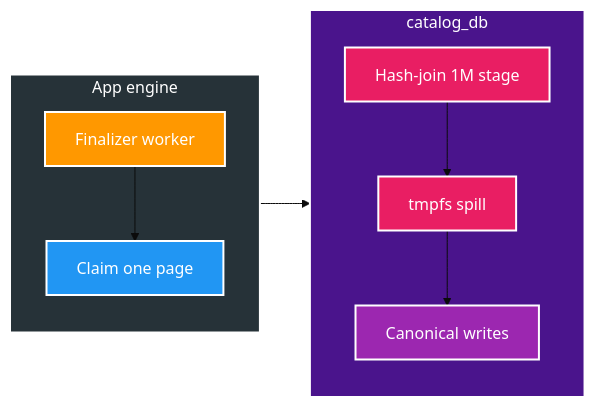
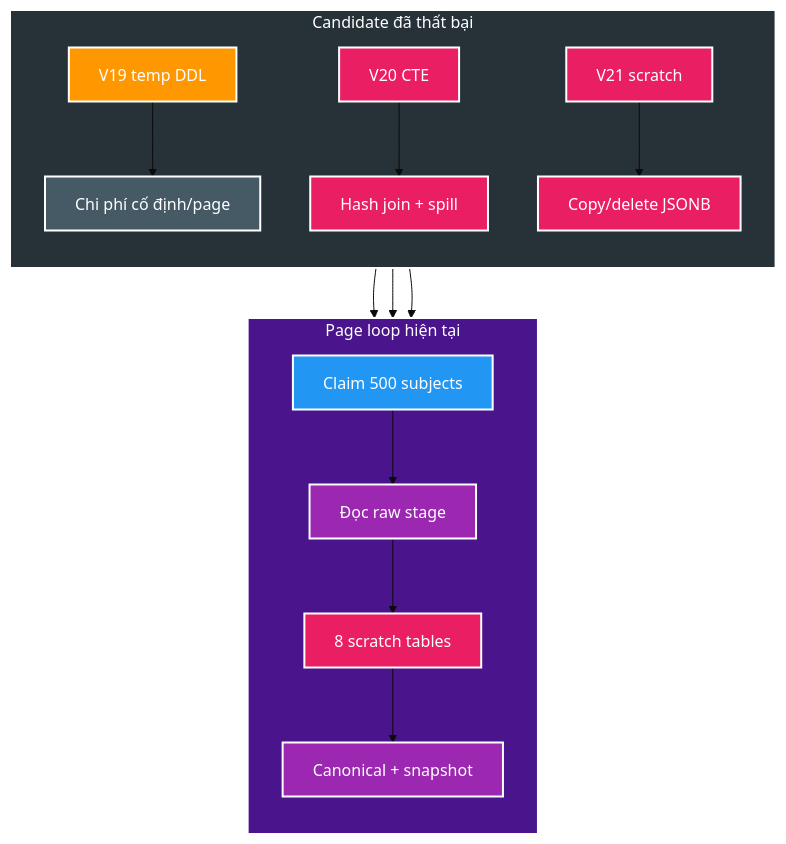
Before and after one commit to HungPhan200591/file-mngt-be-v2: the first of 2 diagrams in docs/features/056-catalog-set-based-cte-merge/02-design.md, drawn with Mermaid (base theme). The commit also changed other lines of this file and 6 other files, not shown here.

Commit message:
feat: optimize finalizer with durable typed reduction and direct merge

````diff
--- a/docs/features/056-catalog-set-based-cte-merge/02-design.md
+++ b/docs/features/056-catalog-set-based-cte-merge/02-design.md
@@ -14,20 +14,30 @@
 ```mermaid
-flowchart LR
-    subgraph APP["App engine"]
+flowchart TD
+    subgraph OLD["Candidate đã thất bại"]
         direction TB
-        W["Finalizer worker"] --> CLAIM["Claim one page"]
+        V19["V19 temp DDL"] --> FIXED["Chi phí cố định/page"]
+        V20["V20 CTE"] --> SPILL["Hash join + spill"]
+        V21["V21 scratch"] --> CHURN["Copy/delete JSONB"]
     end
-    subgraph DB["catalog_db"]
+    subgraph LOOP["Page loop hiện tại"]
         direction TB
-        HASH["Hash-join 1M stage"] --> SPILL["tmpfs spill"]
-        SPILL --> MERGE["Canonical writes"]
+        CLAIM["Claim 500 subjects"] --> STAGE["Đọc raw stage"]
+        STAGE --> SCRATCH["8 scratch tables"]
+        SCRATCH --> WRITE["Canonical + snapshot"]
     end
-    CLAIM --> HASH
-    style APP fill:#263238,stroke:#fff,stroke-width:2px,color:#fff
-    style W fill:#FF9800,stroke:#fff,stroke-width:2px,color:#fff
+    FIXED --> CLAIM
+    SPILL --> CLAIM
+    CHURN --> CLAIM
+    style OLD fill:#263238,stroke:#fff,stroke-width:2px,color:#fff
+    style V19 fill:#FF9800,stroke:#fff,stroke-width:2px,color:#fff
+    style V20 fill:#E91E63,stroke:#fff,stroke-width:2px,color:#fff
+    style V21 fill:#E91E63,stroke:#fff,stroke-width:2px,color:#fff
+    style FIXED fill:#455A64,stroke:#fff,stroke-width:2px,color:#fff
+    style SPILL fill:#E91E63,stroke:#fff,stroke-width:2px,color:#fff
+    style CHURN fill:#E91E63,stroke:#fff,stroke-width:2px,color:#fff
+    style LOOP fill:#4A148C,stroke:#fff,stroke-width:2px,color:#fff
     style CLAIM fill:#2196F3,stroke:#fff,stroke-width:2px,color:#fff
-    style DB fill:#4A148C,stroke:#fff,stroke-width:2px,color:#fff
-    style HASH fill:#E91E63,stroke:#fff,stroke-width:2px,color:#fff
-    style SPILL fill:#E91E63,stroke:#fff,stroke-width:2px,color:#fff
-    style MERGE fill:#9C27B0,stroke:#fff,stroke-width:2px,color:#fff
+    style STAGE fill:#9C27B0,stroke:#fff,stroke-width:2px,color:#fff
+    style SCRATCH fill:#E91E63,stroke:#fff,stroke-width:2px,color:#fff
+    style WRITE fill:#9C27B0,stroke:#fff,stroke-width:2px,color:#fff
 ```
````
